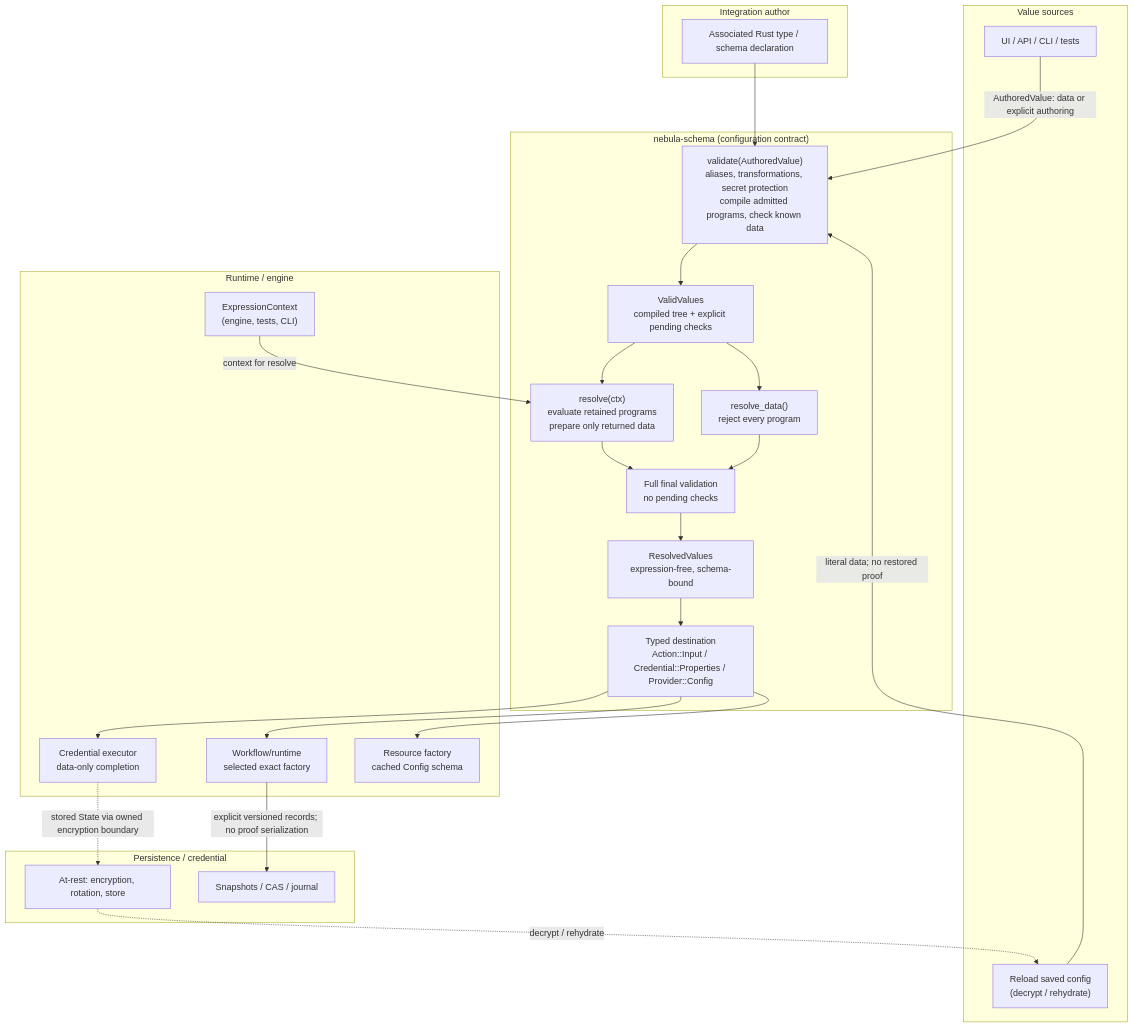
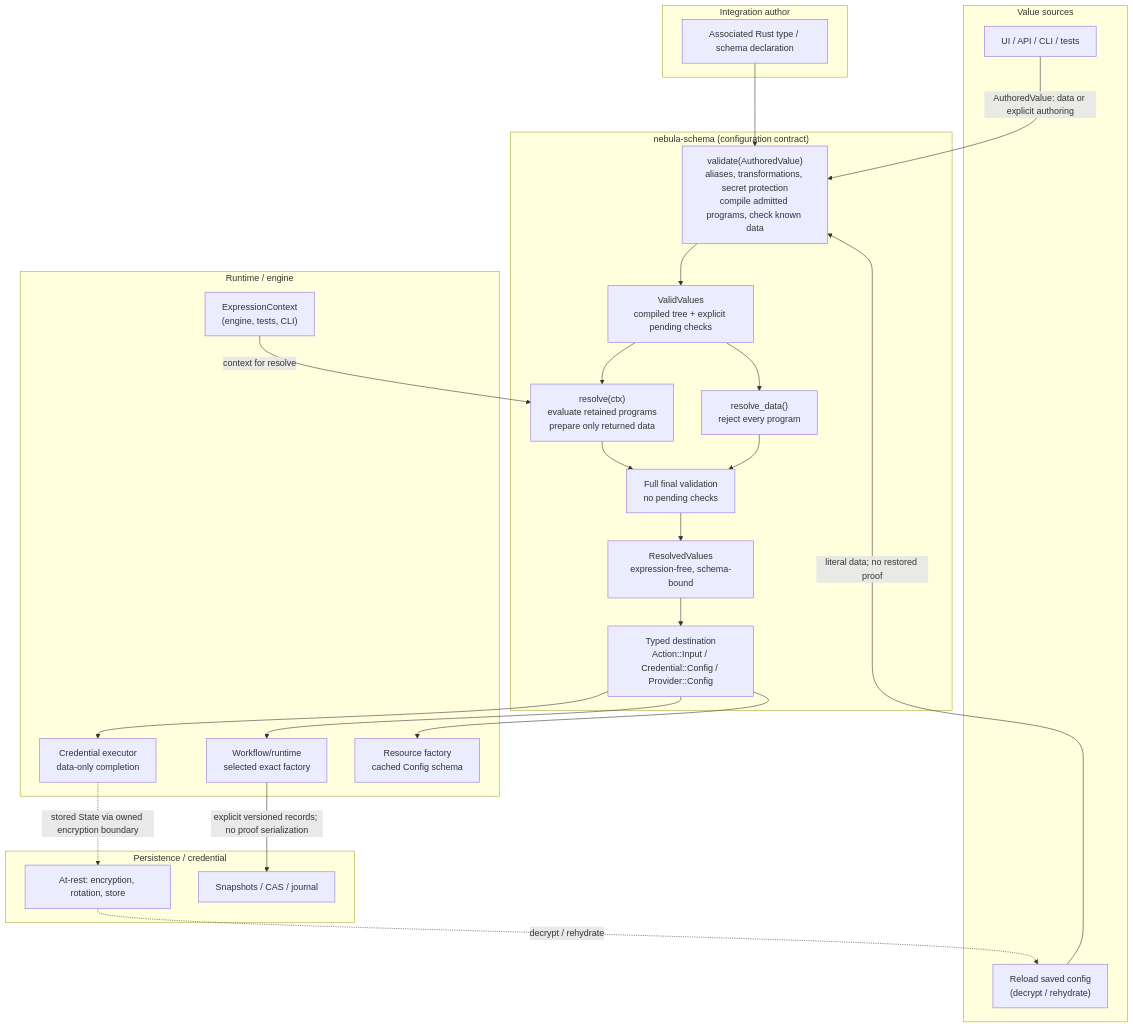
One commit to vanyastaff/nebula changed the diagram in docs/INTEGRATION_MODEL.md. Above: the diagram before and after it, drawn with Mermaid. The commit also changed other lines of this file and 122 other files, not shown here.

````diff
--- a/docs/INTEGRATION_MODEL.md
+++ b/docs/INTEGRATION_MODEL.md
@@ -304,52 +325,52 @@
 ```mermaid
 flowchart TB
   subgraph author["Integration author"]
     S["Associated Rust type / schema declaration"]
   end
 
   subgraph callers["Value sources"]
     UI["UI / API / CLI / tests"]
     LOAD["Reload saved config\n(decrypt / rehydrate)"]
   end
 
   subgraph schema["nebula-schema (configuration contract)"]
     VAL["validate(AuthoredValue)\naliases, transformations, secret protection\ncompile admitted programs, check known data"]
     VV["ValidValues\ncompiled tree + explicit pending checks"]
     RES["resolve(ctx)\nevaluate retained programs\nprepare only returned data"]
     DATA["resolve_data()\nreject every program"]
     FULL["Full final validation\nno pending checks"]
     RV["ResolvedValues\nexpression-free, schema-bound"]
-    TYPED["Typed destination\nAction::Input / Credential::Properties / Provider::Config"]
+    TYPED["Typed destination\nAction::Input / Credential::Config / Provider::Config"]
   end
 
   subgraph runtime["Runtime / engine"]
     EX["ExpressionContext\n(engine, tests, CLI)"]
     WF["Workflow/runtime\nselected exact factory"]
     CRED["Credential executor\ndata-only completion"]
     RESOURCE["Resource factory\ncached Config schema"]
   end
 
   subgraph persist["Persistence / credential"]
     ENC["At-rest: encryption, rotation, store"]
     SNAP["Snapshots / CAS / journal"]
   end
 
   S --> VAL
   UI -->|"AuthoredValue: data or explicit authoring"| VAL
   LOAD -->|"literal data; no restored proof"| VAL
   ENC -.->|"decrypt / rehydrate"| LOAD
 
   VAL --> VV
   VV --> RES
   VV --> DATA
   EX -->|"context for resolve"| RES
   RES --> FULL
   DATA --> FULL
   FULL --> RV
   RV --> TYPED
   TYPED --> WF
   TYPED --> CRED
   TYPED --> RESOURCE
   WF -->|"explicit versioned records; no proof serialization"| SNAP
   CRED -.->|"stored State via owned encryption boundary"| ENC
 ```
````
